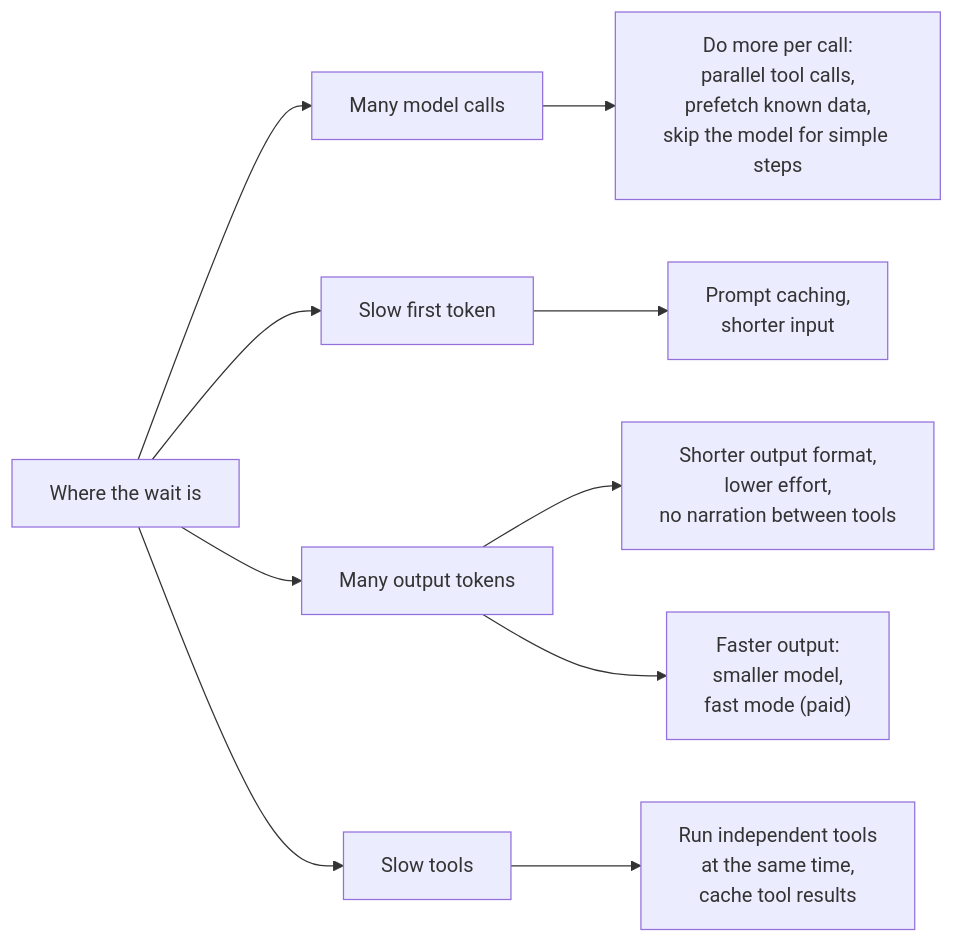
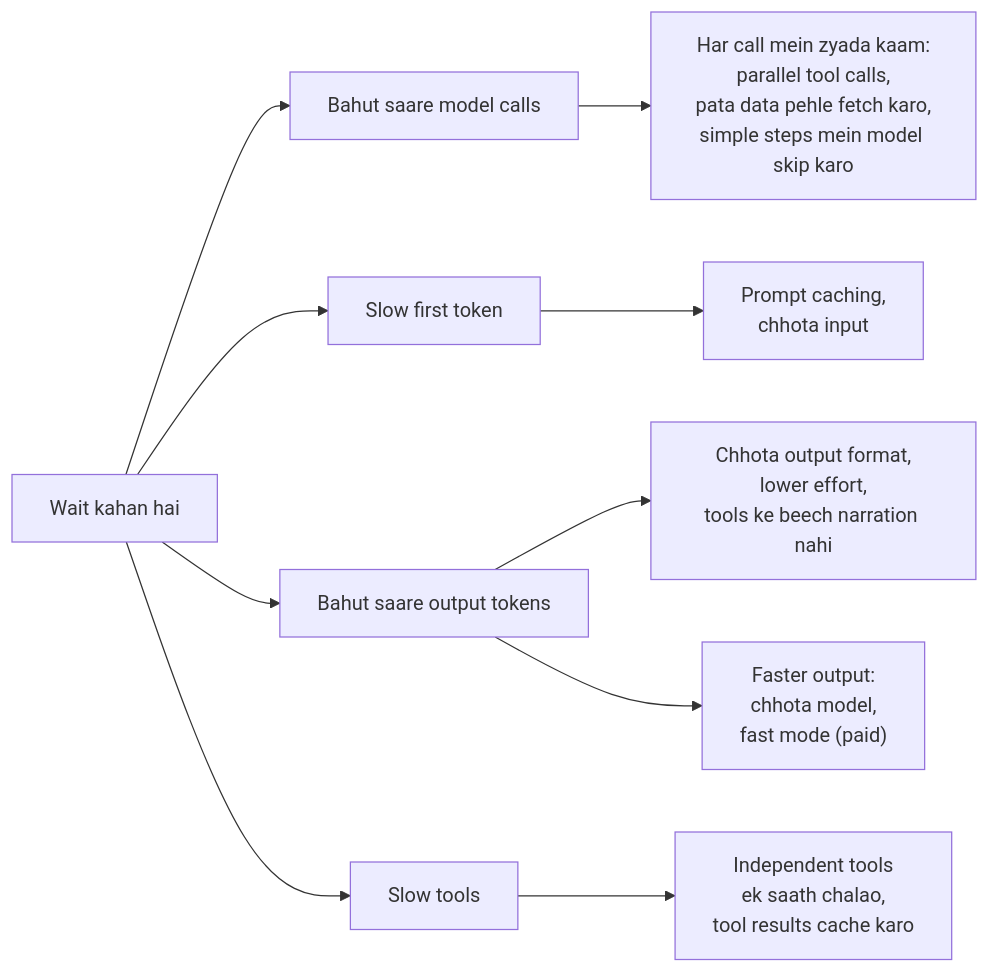
The diagram in docs/16-cost-and-performance/16.4-latency-optimisation.md (asmustechno/agentic-ai-notes), drawn with Mermaid before and after one commit. The commit also changed other lines of this file and 135 other files, not shown here.

````diff
--- a/docs/16-cost-and-performance/16.4-latency-optimisation.md
+++ b/docs/16-cost-and-performance/16.4-latency-optimisation.md
@@ -48,12 +50,12 @@
 ```mermaid
 flowchart LR
-    W["Where the wait is"] --> C["Many model calls"]
+    W["Wait kahan hai"] --> C["Bahut saare model calls"]
     W --> T["Slow first token"]
-    W --> O["Many output tokens"]
+    W --> O["Bahut saare output tokens"]
     W --> X["Slow tools"]
-    C --> C1["Do more per call:<br/>parallel tool calls,<br/>prefetch known data,<br/>skip the model for simple steps"]
-    T --> T1["Prompt caching,<br/>shorter input"]
-    O --> O1["Shorter output format,<br/>lower effort,<br/>no narration between tools"]
-    O --> O2["Faster output:<br/>smaller model,<br/>fast mode (paid)"]
-    X --> X1["Run independent tools<br/>at the same time,<br/>cache tool results"]
+    C --> C1["Har call mein zyada kaam:<br/>parallel tool calls,<br/>pata data pehle fetch karo,<br/>simple steps mein model skip karo"]
+    T --> T1["Prompt caching,<br/>chhota input"]
+    O --> O1["Chhota output format,<br/>lower effort,<br/>tools ke beech narration nahi"]
+    O --> O2["Faster output:<br/>chhota model,<br/>fast mode (paid)"]
+    X --> X1["Independent tools<br/>ek saath chalao,<br/>tool results cache karo"]
 ```
````
